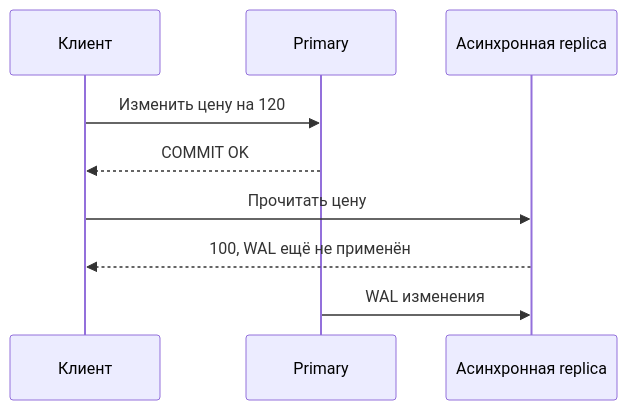
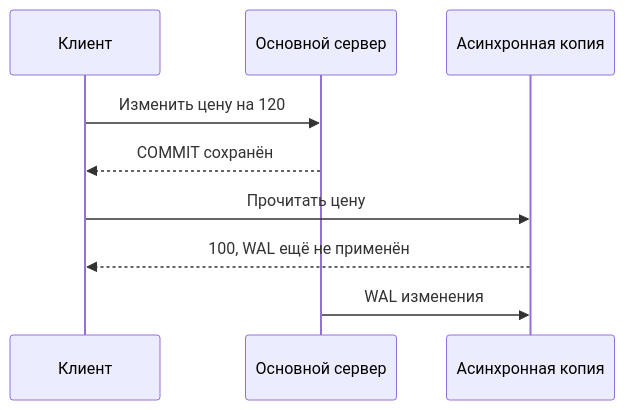
The diagram in docs/databases/postgresql/replication.md (leary1337/vault), drawn with Mermaid before and after one commit. The commit also changed other lines of this file and 325 other files, not shown here.

````diff
--- a/docs/databases/postgresql/replication.md
+++ b/docs/databases/postgresql/replication.md
@@ -44,11 +36,11 @@
 ```mermaid
 sequenceDiagram
     participant C as Клиент
-    participant P as Primary
-    participant R as Асинхронная replica
+    participant P as Основной сервер
+    participant R as Асинхронная копия
     C->>P: Изменить цену на 120
-    P-->>C: COMMIT OK
+    P-->>C: COMMIT сохранён
     C->>R: Прочитать цену
     R-->>C: 100, WAL ещё не применён
     P->>R: WAL изменения
 ```
````
